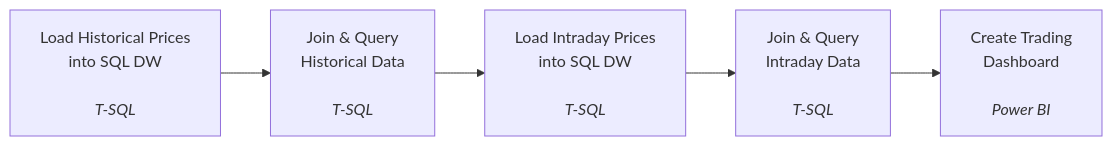
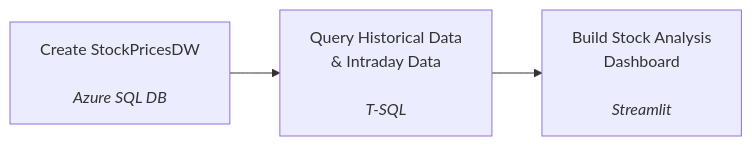
One commit to andietranofficial/Trading-Dashboard-SQL-Streamlit-Case-Study changed the diagram in README.md. Above: the diagram before and after it, drawn with Mermaid. The commit also changed other lines of this file and 6 other files, not shown here.

First line of the commit message:
Create Streamlit App

````diff
--- a/README.md
+++ b/README.md
@@ -30,7 +30,5 @@
 ```mermaid
 flowchart LR
-    A["Load Historical Prices<br/>into SQL DW<br/><br/><i>T-SQL</i>"] --> B["Join & Query<br/>Historical Data<br/><br/><i>T-SQL</i>"]
-    B --> C["Load Intraday Prices<br/>into SQL DW<br/><br/><i>T-SQL</i>"]
-    C --> D["Join & Query<br/>Intraday Data<br/><br/><i>T-SQL</i>"]
-    D --> E["Create Trading<br/>Dashboard<br/><br/><i>Power BI</i>"]
+    A["Create StockPricesDW<br/><br/><i>Azure SQL DB</i>"] --> B["Query Historical Data<br/>& Intraday Data<br/><br/><i>T-SQL</i>"]
+    B --> C["Build Stock Analysis<br/>Dashboard<br/><br/><i>Streamlit</i>"]
 ```
````
